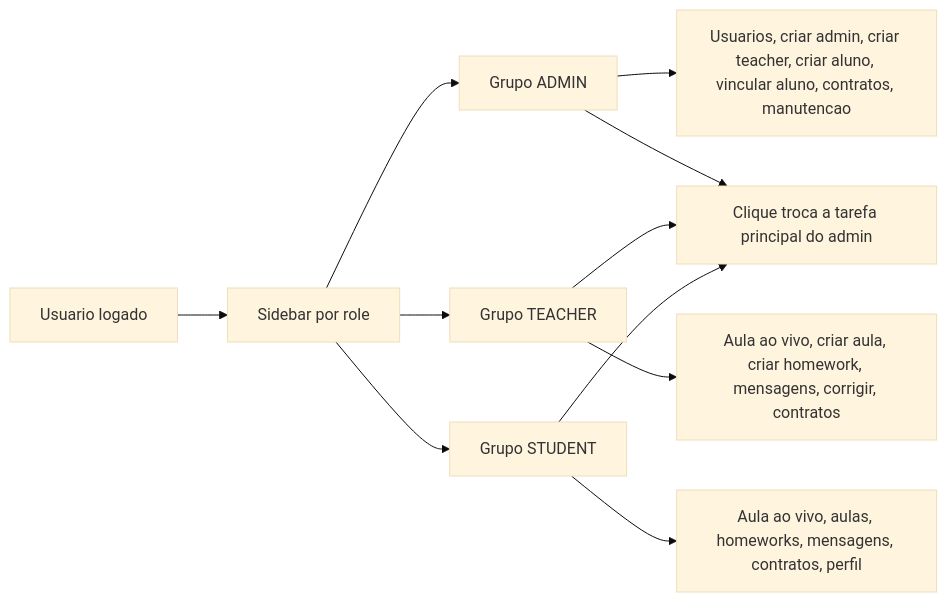
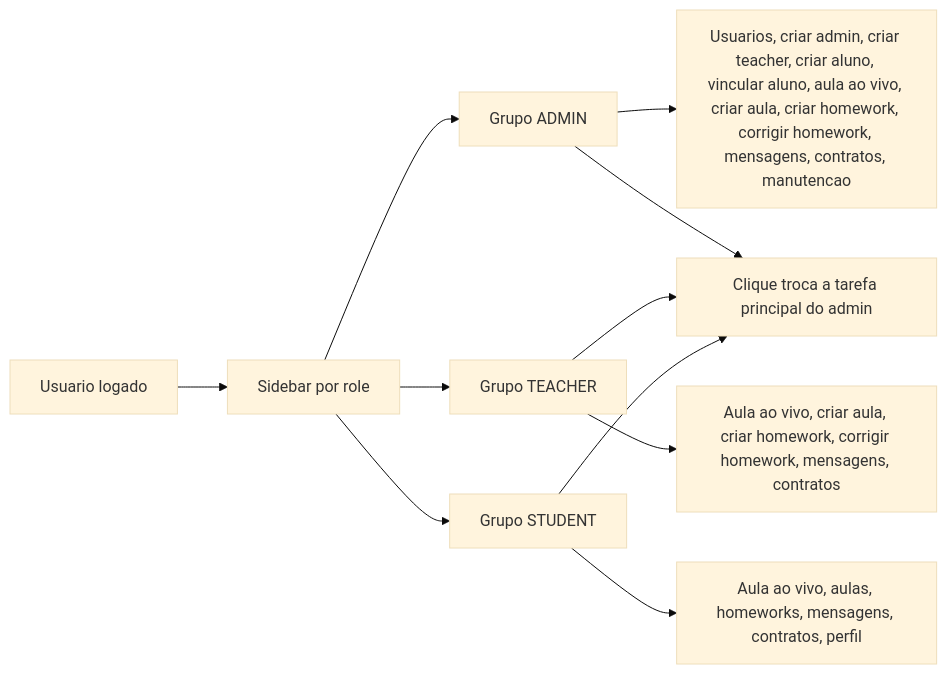
Before and after one commit to WilliYY/Candy-English: the seventh of 13 diagrams in docs/fluxos-ava.md, drawn with Mermaid (base theme). The commit also changed other lines of this file and 9 other files, not shown here.

````diff
--- a/docs/fluxos-ava.md
+++ b/docs/fluxos-ava.md
@@ -144,13 +144,13 @@
 ```mermaid
 flowchart LR
   A["Usuario logado"] --> B["Sidebar por role"]
   B --> C["Grupo ADMIN"]
   B --> D["Grupo TEACHER"]
   B --> E["Grupo STUDENT"]
-  C --> C1["Usuarios, criar admin, criar teacher, criar aluno, vincular aluno, contratos, manutencao"]
-  D --> D1["Aula ao vivo, criar aula, criar homework, mensagens, corrigir, contratos"]
+  C --> C1["Usuarios, criar admin, criar teacher, criar aluno, vincular aluno, aula ao vivo, criar aula, criar homework, corrigir homework, mensagens, contratos, manutencao"]
+  D --> D1["Aula ao vivo, criar aula, criar homework, corrigir homework, mensagens, contratos"]
   E --> E1["Aula ao vivo, aulas, homeworks, mensagens, contratos, perfil"]
   C --> F["Clique troca a tarefa principal do admin"]
   D --> F
   E --> F
 ```
````
